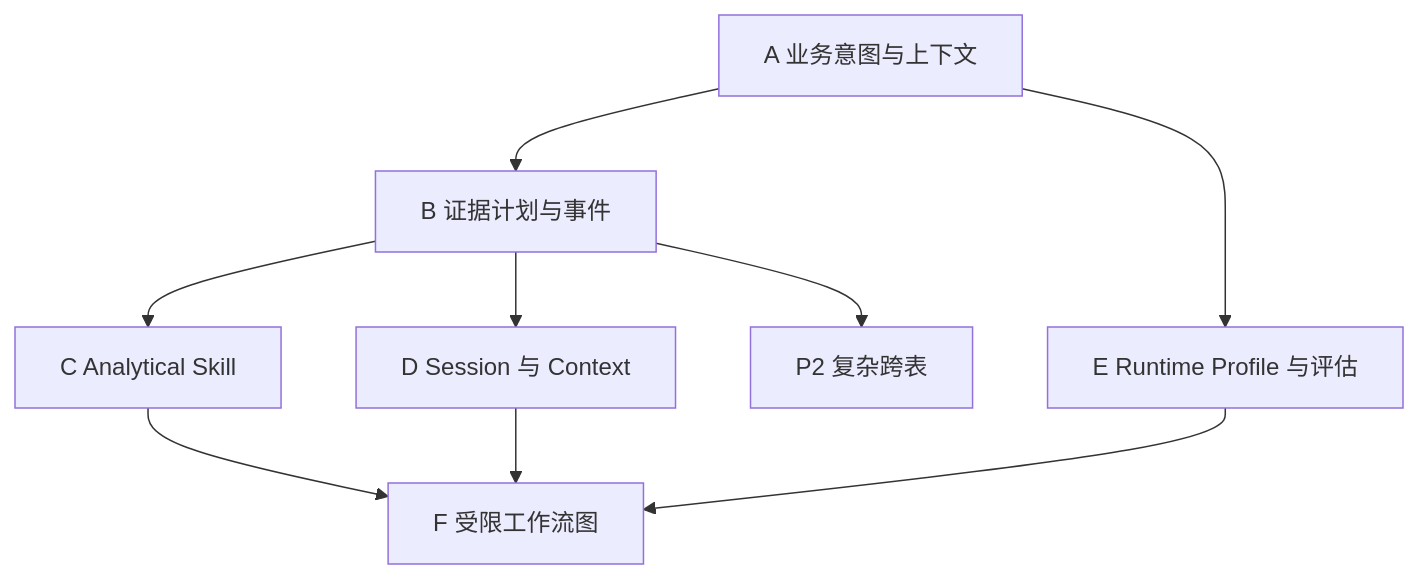
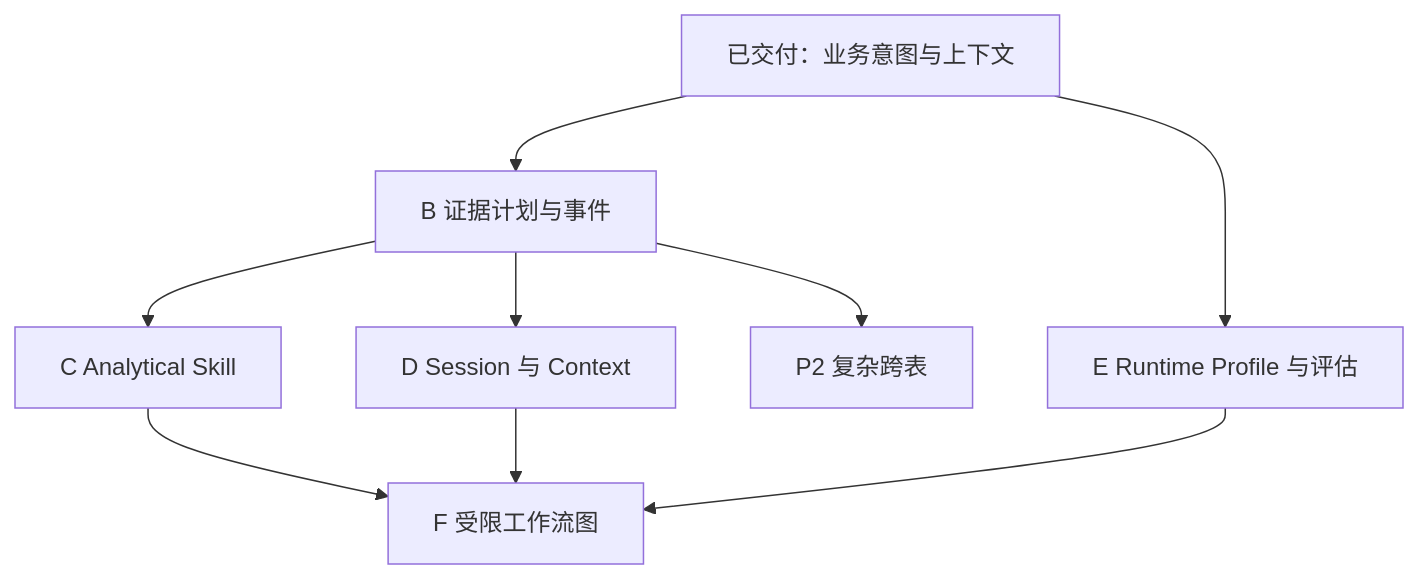
The second of 2 diagrams in docs/development-roadmap.md (LeoSasion/ontology-frontend-framework-type-c), drawn with Mermaid before and after one commit. The commit also changed other lines of this file and 12 other files, not shown here.

````diff
--- a/docs/development-roadmap.md
+++ b/docs/development-roadmap.md
@@ -265,11 +241,11 @@
 ```mermaid
 flowchart TD
-  A["A 业务意图与上下文"] --> B["B 证据计划与事件"]
+  A["已交付：业务意图与上下文"] --> B["B 证据计划与事件"]
   B --> C["C Analytical Skill"]
   B --> D["D Session 与 Context"]
   A --> E["E Runtime Profile 与评估"]
   C --> F["F 受限工作流图"]
   D --> F
   E --> F
   B --> X["P2 复杂跨表"]
 ```
````
